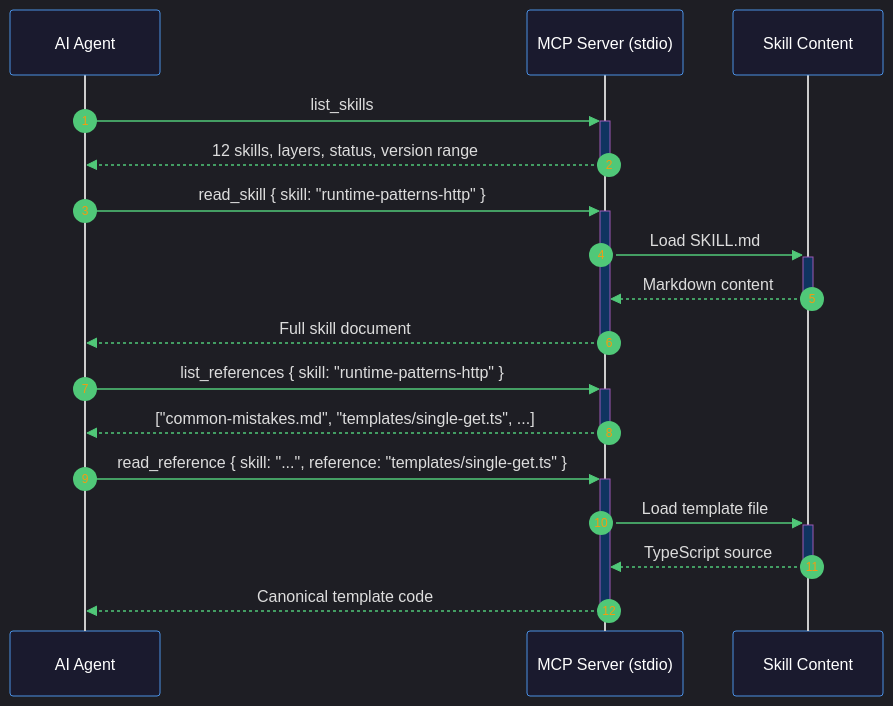
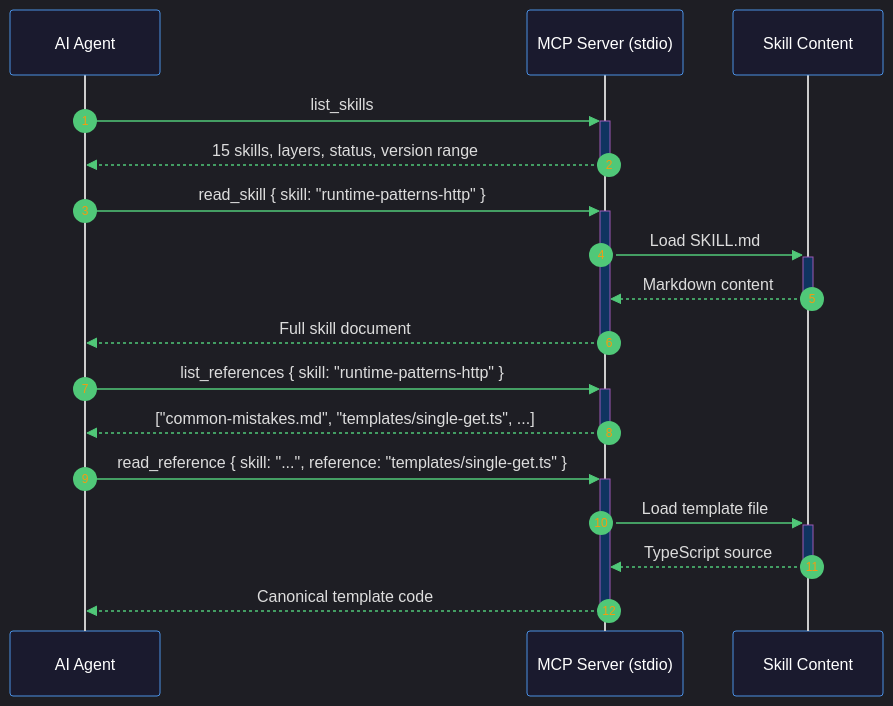
Before and after one commit to stdiobus/skills: the first of 7 diagrams in README.md, drawn with Mermaid. The commit also changed other lines of this file and 2 other files, not shown here.

First line of the commit message:
docs(agent-skills): add stdio Bus SDK skill collection and update skill count

````diff
--- a/README.md
+++ b/README.md
@@ -88,25 +93,25 @@
 ```mermaid
 %%{init: {'theme':'dark', 'themeVariables':{'actorBkg':'#1a1a2e','actorBorder':'#4a90e2','actorTextColor':'#fff','signalColor':'#50c878','signalTextColor':'#ddd','noteBkgColor':'#16213e','noteTextColor':'#fff','noteBorderColor':'#e67e22','activationBkgColor':'#0f3460','activationBorderColor':'#9b59b6','sequenceNumberColor':'#f39c12'}}}%%
 sequenceDiagram
     autonumber
 
     participant A as AI Agent
     participant S as MCP Server (stdio)
     participant D as Skill Content
 
     A->>+S: list_skills
-    S-->>-A: 12 skills, layers, status, version range
+    S-->>-A: 15 skills, layers, status, version range
 
     A->>+S: read_skill { skill: "runtime-patterns-http" }
     S->>+D: Load SKILL.md
     D-->>-S: Markdown content
     S-->>-A: Full skill document
 
     A->>+S: list_references { skill: "runtime-patterns-http" }
     S-->>-A: ["common-mistakes.md", "templates/single-get.ts", ...]
 
     A->>+S: read_reference { skill: "...", reference: "templates/single-get.ts" }
     S->>+D: Load template file
     D-->>-S: TypeScript source
     S-->>-A: Canonical template code
 ```
````
